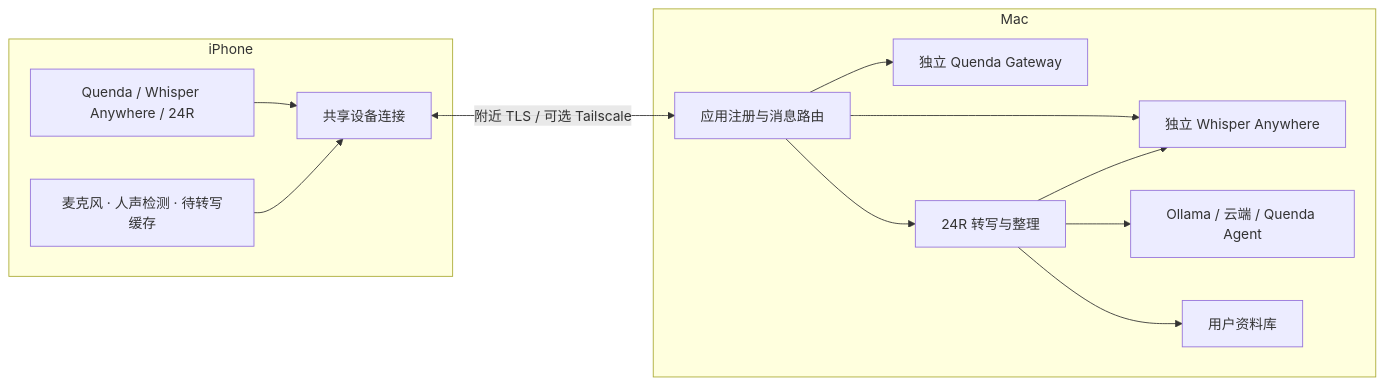
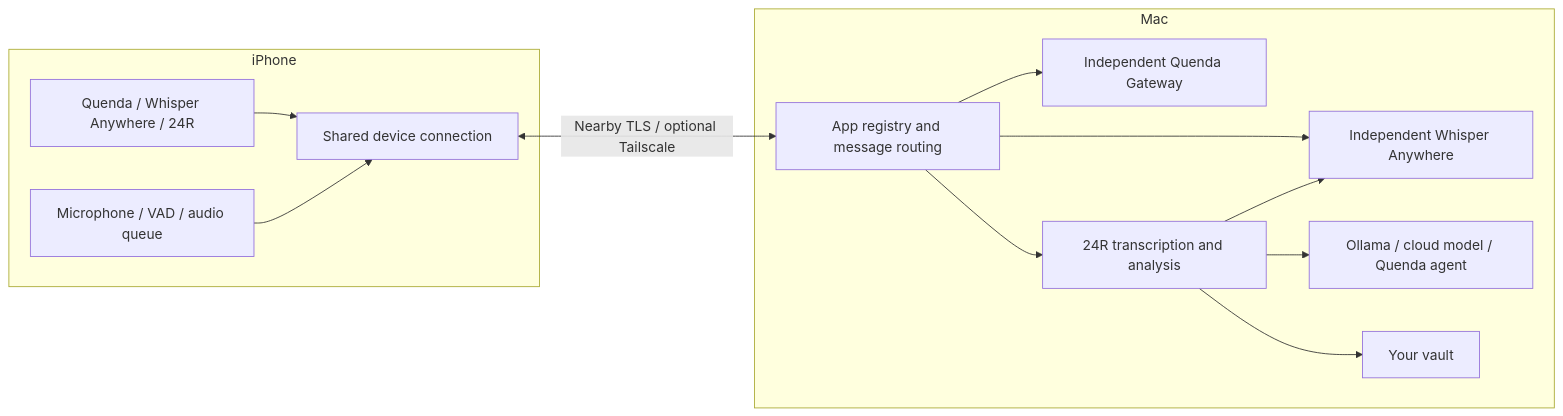
Before and after one commit to AgentDaily/companion: the diagram in README.md, drawn with Mermaid. The commit also changed other lines of this file and 1 other file, not shown here.

````diff
--- a/README.md
+++ b/README.md
@@ -164,16 +177,16 @@
 ```mermaid
 flowchart LR
     subgraph Phone["iPhone"]
-        UI["Quenda / Whisper Anywhere / 24R"] --> Link["共享设备连接"]
-        Mic["麦克风 · 人声检测 · 待转写缓存"] --> Link
+        UI["Quenda / Whisper Anywhere / 24R"] --> Link["Shared device connection"]
+        Mic["Microphone / VAD / audio queue"] --> Link
     end
-    Link <-->|"附近 TLS / 可选 Tailscale"| Host
+    Link <-->|"Nearby TLS / optional Tailscale"| Host
     subgraph Mac["Mac"]
-        Host["应用注册与消息路由"] --> Gateway["独立 Quenda Gateway"]
-        Host --> ASR["独立 Whisper Anywhere"]
-        Host --> Record["24R 转写与整理"]
+        Host["App registry and message routing"] --> Gateway["Independent Quenda Gateway"]
+        Host --> ASR["Independent Whisper Anywhere"]
+        Host --> Record["24R transcription and analysis"]
         Record --> ASR
-        Record --> Model["Ollama / 云端 / Quenda Agent"]
-        Record --> Vault["用户资料库"]
+        Record --> Model["Ollama / cloud model / Quenda agent"]
+        Record --> Vault["Your vault"]
     end
 ```
````
